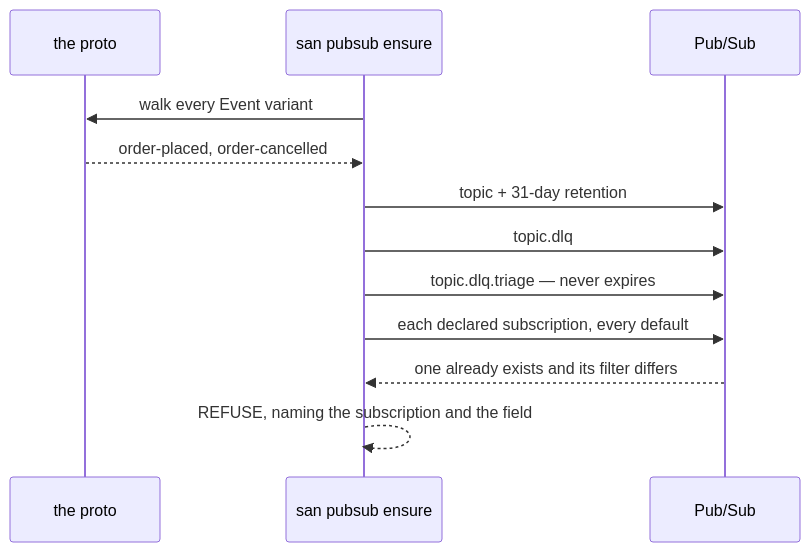
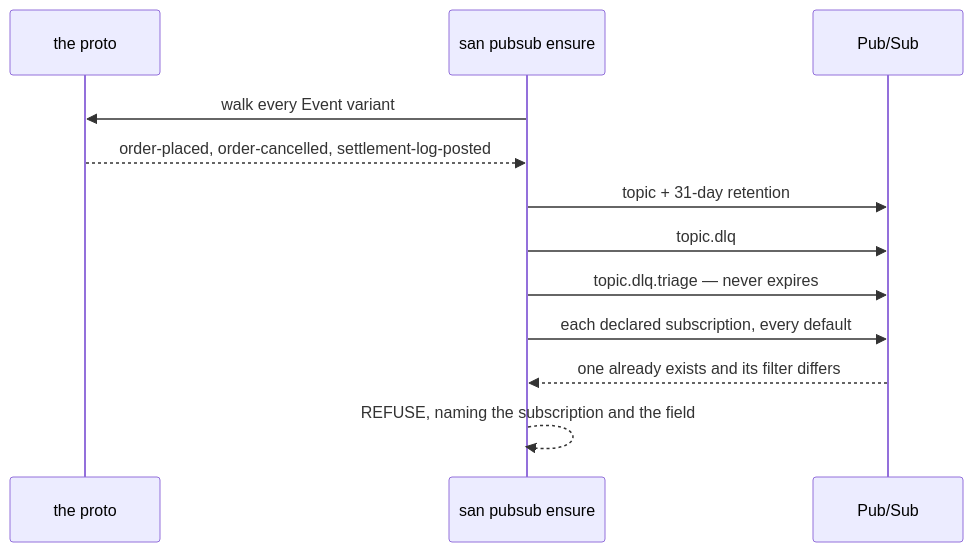
One commit to pdcgo/warehouse_revamp changed the fourth of 11 diagrams in docs/tools/san.md. Above: the diagram before and after it, drawn with Mermaid. The commit also changed other lines of this file and 21 other files, not shown here.

````diff
--- a/docs/tools/san.md
+++ b/docs/tools/san.md
@@ -378,14 +378,14 @@
 ```mermaid
 sequenceDiagram
     participant P as the proto
     participant S as san pubsub ensure
     participant G as Pub/Sub
     S->>P: walk every Event variant
-    P-->>S: order-placed, order-cancelled
+    P-->>S: order-placed, order-cancelled, settlement-log-posted
     S->>G: topic + 31-day retention
     S->>G: topic.dlq
     S->>G: topic.dlq.triage — never expires
     S->>G: each declared subscription, every default
     G-->>S: one already exists and its filter differs
     S-->>S: REFUSE, naming the subscription and the field
 ```
````
